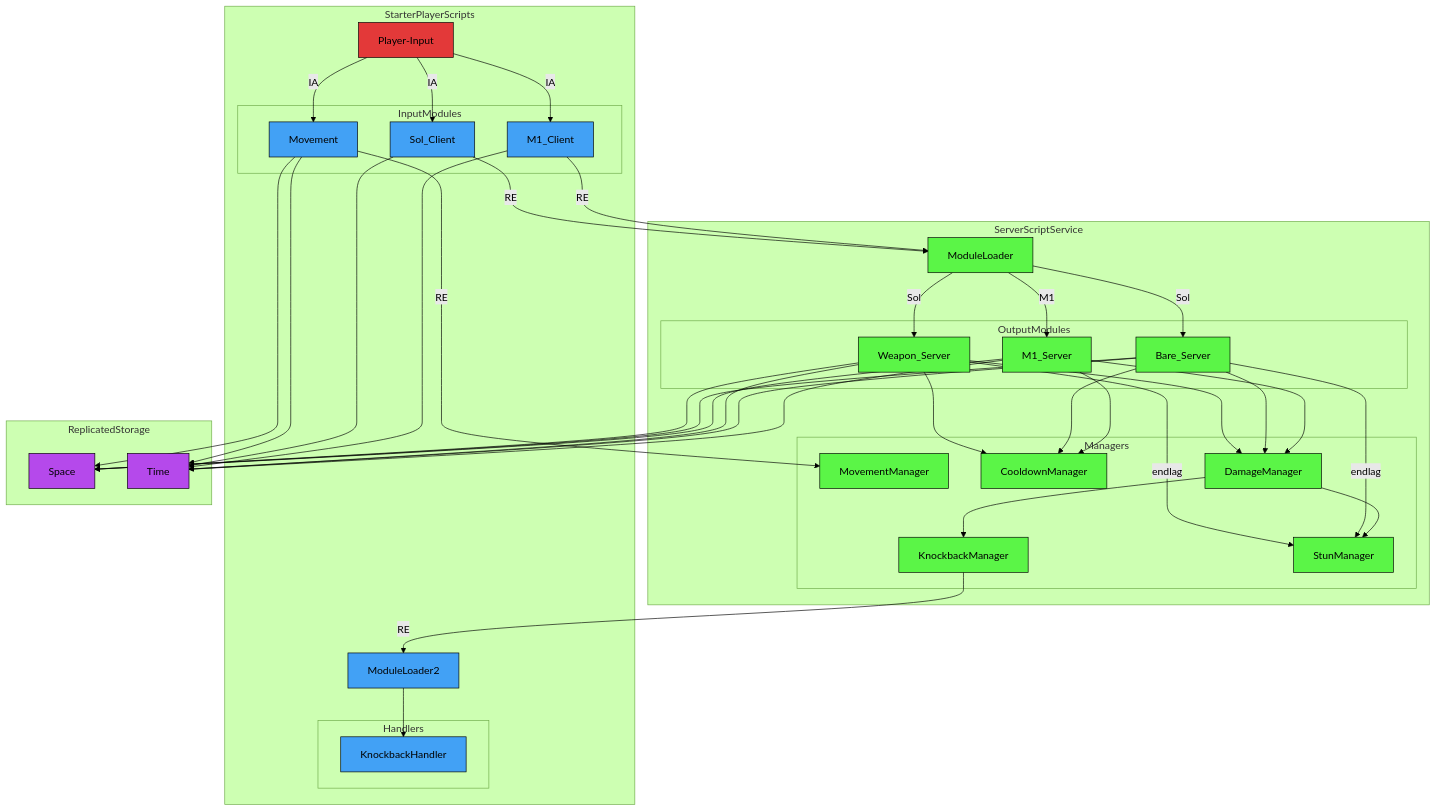
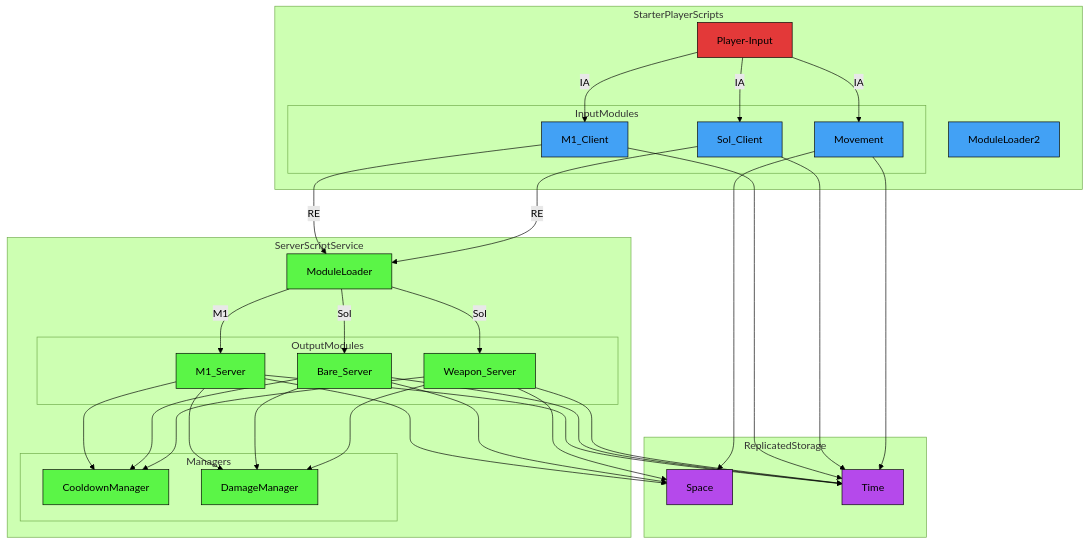
One commit to altair5607249/Crusaders-Game changed the second of 3 diagrams in README.md. Above: the diagram before and after it, drawn with Mermaid (forest theme).

````diff
--- a/README.md
+++ b/README.md
@@ -134,11 +134,7 @@
   classDef universalNode fill:#b549eb,stroke:#000000,color:#000000
 
   subgraph StarterPlayerScripts
-    subgraph Handlers
-      KnockbackHandler;
-    end
-
-    ModuleLoader2-->KnockbackHandler;
+    ModuleLoader2
   
     subgraph InputModules
       M1_Client;
@@ -153,16 +149,13 @@
 
   M1_Client-->|RE| ModuleLoader;
   Sol_Client-->|RE| ModuleLoader;
-  Movement-->|RE| MovementManager;
+  Movement
 
   subgraph ServerScriptService
     ModuleLoader;
 
     subgraph Managers
       CooldownManager;
-      KnockbackManager;
-      MovementManager;
-      StunManager;
     end
 
     subgraph OutputModules
@@ -180,9 +173,6 @@
     ModuleLoader-->|Sol| Weapon_Server
   end
 
-  DamageManager-->KnockbackManager-->|RE| ModuleLoader2;
-  DamageManager-->StunManager;
-
   subgraph ReplicatedStorage
     Space;
     Time;
@@ -197,9 +187,7 @@
 
   M1_Server-->CooldownManager;
   Bare_Server-->CooldownManager;
-  Bare_Server-->|endlag| StunManager;
   Weapon_Server-->CooldownManager;
-  Weapon_Server-->|endlag| StunManager;
 
   M1_Server-->DamageManager;
   Bare_Server-->DamageManager;
@@ -211,7 +199,7 @@
   Movement-->Time;
 
   class Player-Input eventNode;
-  class ModuleLoader,M1_Server,Bare_Server,Weapon_Server,MovementManager,DamageManager,KnockbackManager,StunManager,CooldownManager serverNode;
+  class ModuleLoader,M1_Server,Bare_Server,Weapon_Server,DamageManager,CooldownManager serverNode;
   class ModuleLoader2,M1_Client,Sol_Client,Movement,KnockbackHandler clientNode;
   class Space,Time universalNode;
 ```
````
